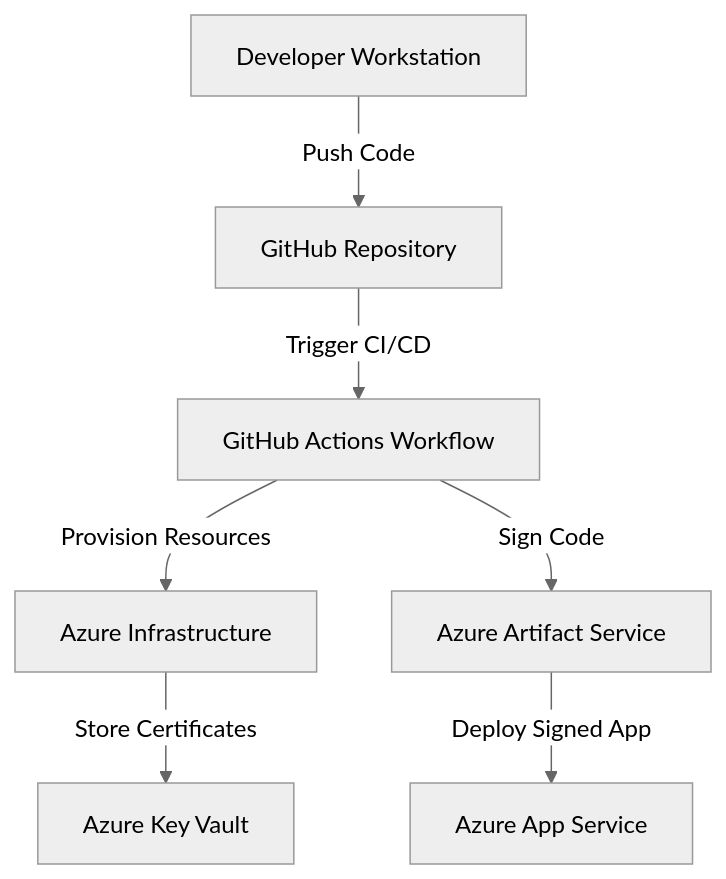
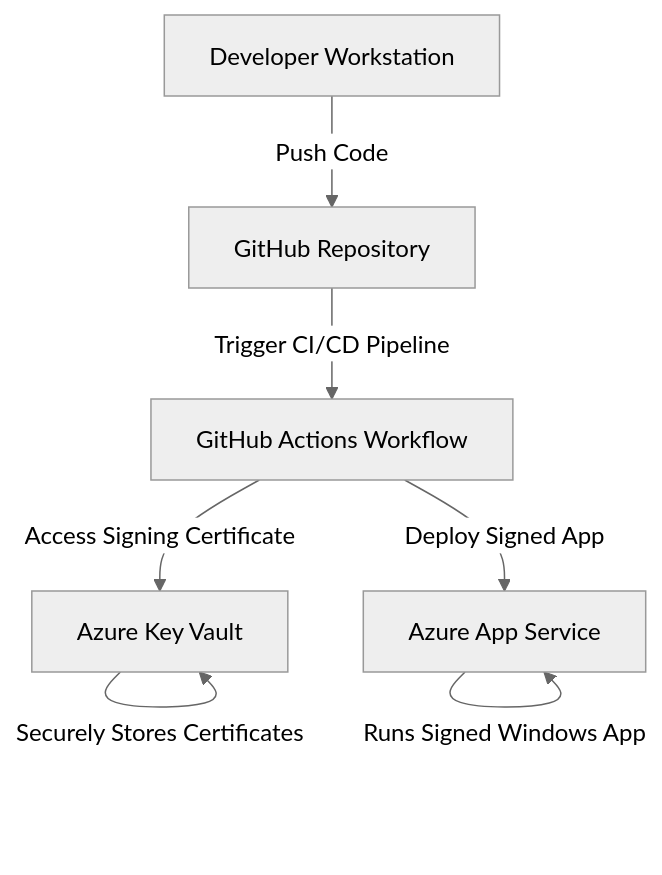
Before and after one commit to seligj95/sample-best-practices-ensuring-security-with-azure-app-servi: the diagram in README.md, drawn with Mermaid (neutral theme). The commit also changed other lines of this file, not shown here.

````diff
--- a/README.md
+++ b/README.md
@@ -7,9 +7,9 @@
 ```mermaid
 graph TD
     A[Developer Workstation] -->|Push Code| B[GitHub Repository]
-    B -->|Trigger CI/CD| C[GitHub Actions Workflow]
-    C -->|Provision Resources| D[Azure Infrastructure]
-    D -->|Store Certificates| E[Azure Key Vault]
-    C -->|Sign Code| F[Azure Artifact Service]
-    F -->|Deploy Signed App| G[Azure App Service]
+    B -->|Trigger CI/CD Pipeline| C[GitHub Actions Workflow]
+    C -->|Access Signing Certificate| D[Azure Key Vault]
+    C -->|Deploy Signed App| E[Azure App Service]
+    D -->|Securely Stores Certificates| D
+    E -->|Runs Signed Windows App| E
 ```
````
